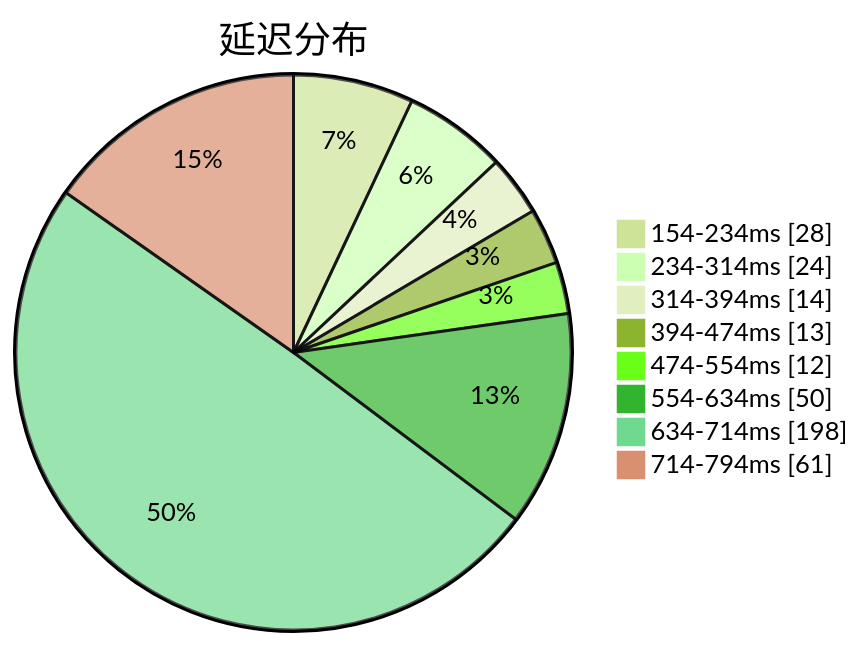
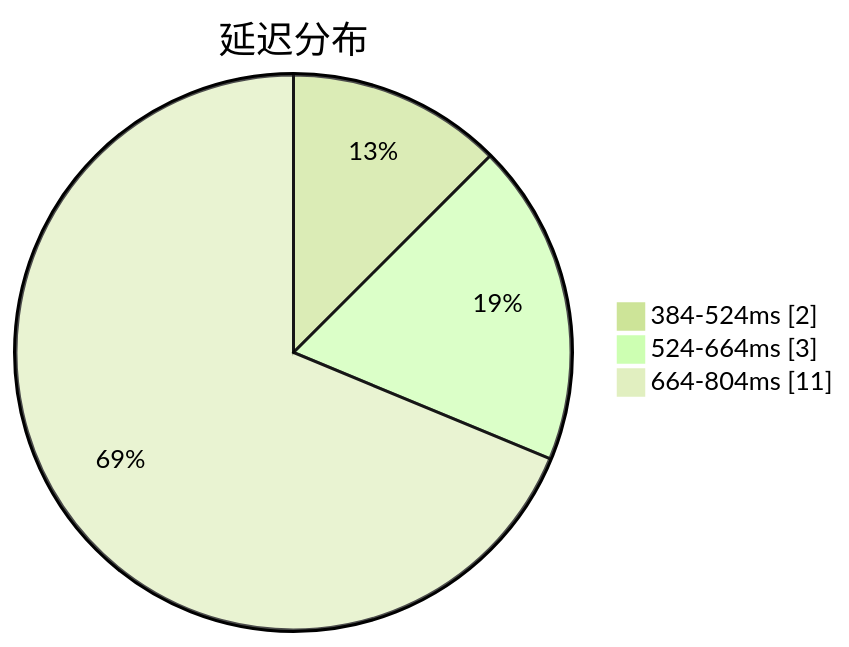
The first of 3 diagrams in subs/statistics/tested_within.md (qjlxg/airport), drawn with Mermaid (forest theme) before and after one commit. The commit also changed other lines of this file and 2 other files, not shown here.

````diff
--- a/subs/statistics/tested_within.md
+++ b/subs/statistics/tested_within.md
@@ -2,12 +2,7 @@
 ```mermaid
 pie showData
 title 延迟分布
-"154-234ms" : 28
-"234-314ms" : 24
-"314-394ms" : 14
-"394-474ms" : 13
-"474-554ms" : 12
-"554-634ms" : 50
-"634-714ms" : 198
-"714-794ms" : 61
+"384-524ms" : 2
+"524-664ms" : 3
+"664-804ms" : 11
 ```
````
